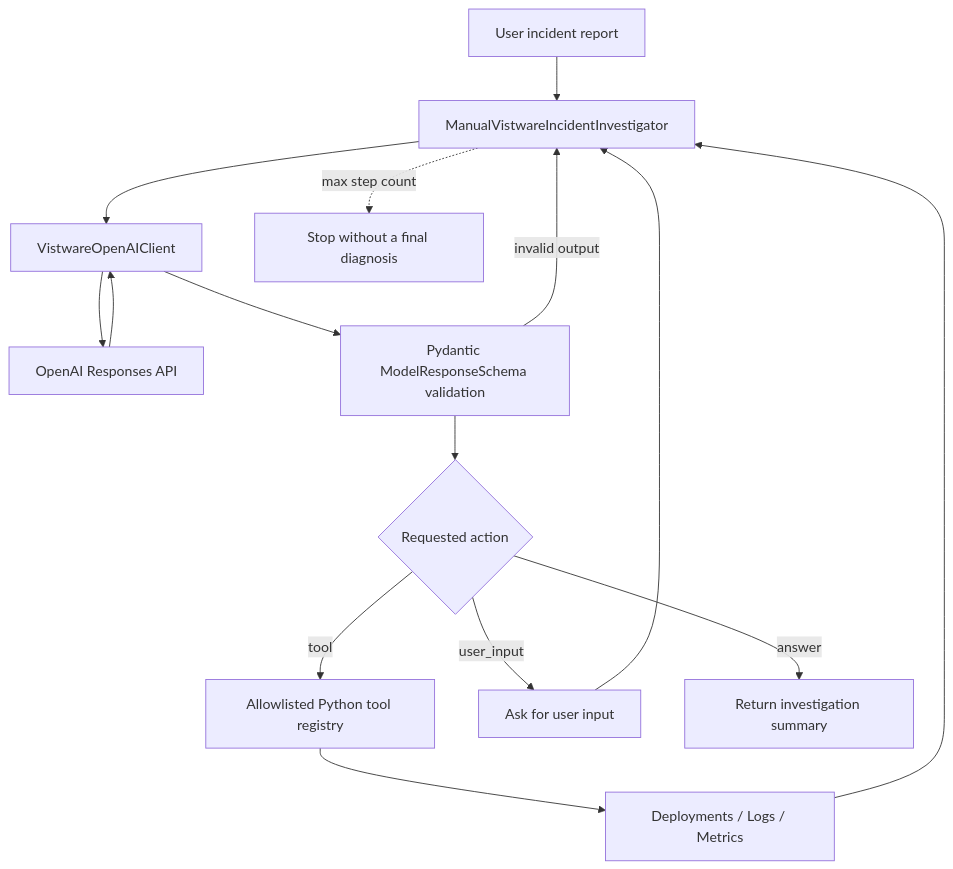
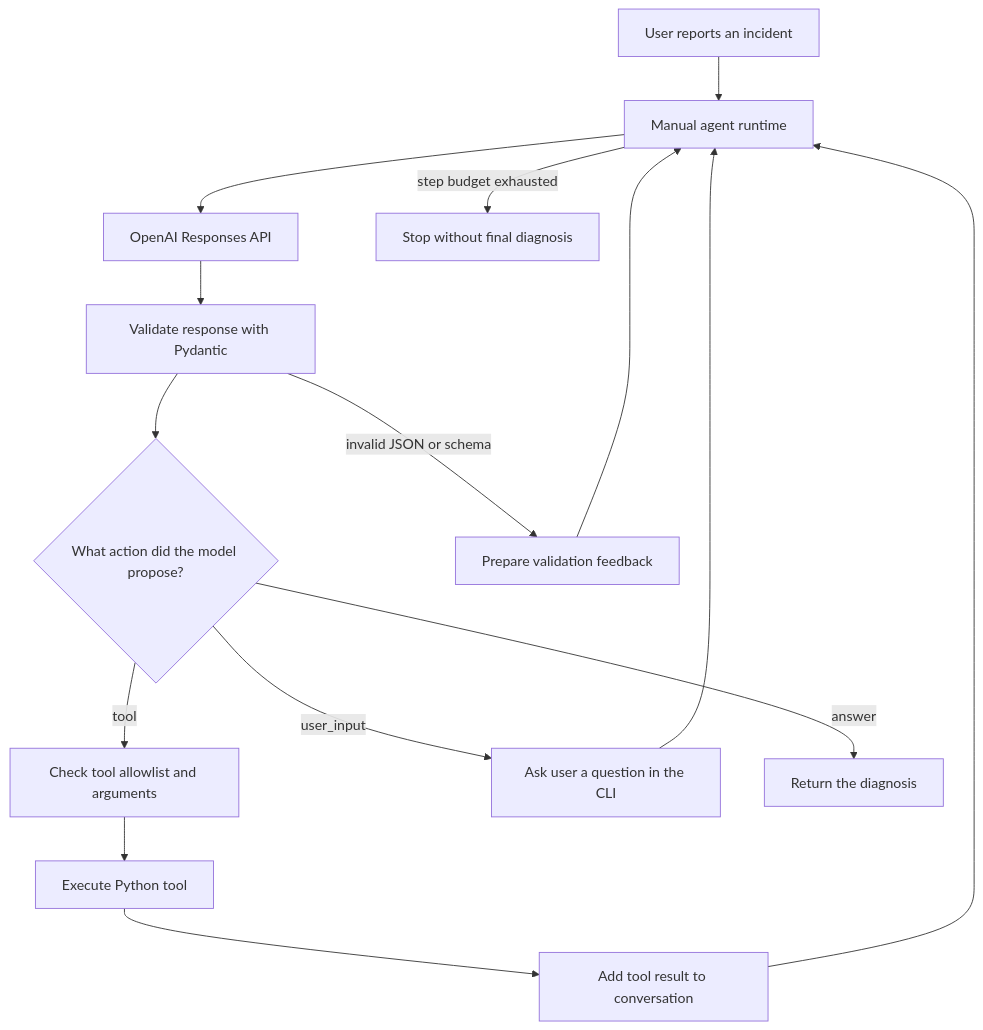
Before and after one commit to vistware/vistware-ai-agents-lab: the diagram in notes/module_01.md, drawn with Mermaid. The commit also changed other lines of this file and 12 other files, not shown here.

````diff
--- a/notes/module_01.md
+++ b/notes/module_01.md
@@ -42,17 +100,17 @@
 ```mermaid
 flowchart TD
-    U[User incident report] --> A[ManualVistwareIncidentInvestigator]
-    A --> C[VistwareOpenAIClient]
-    C --> API[OpenAI Responses API]
-    API --> C
-    C --> V[Pydantic ModelResponseSchema validation]
-    V --> D{Requested action}
-    D -->|tool| R[Allowlisted Python tool registry]
-    R --> T[Deployments / Logs / Metrics]
-    T --> A
-    D -->|user_input| I[Ask for user input]
-    I --> A
-    D -->|answer| F[Return investigation summary]
-    V -->|invalid output| A
-    A -.->|max step count| S[Stop without a final diagnosis]
+    U[User reports an incident] --> O[Manual agent runtime]
+    O --> M[OpenAI Responses API]
+    M --> V[Validate response with Pydantic]
+    V --> A{What action did the model propose?}
+    A -->|tool| W[Check tool allowlist and arguments]
+    W --> T[Execute Python tool]
+    T --> R[Add tool result to conversation]
+    R --> O
+    A -->|user_input| Q[Ask user a question in the CLI]
+    Q --> O
+    A -->|answer| D[Return the diagnosis]
+    V -->|invalid JSON or schema| E[Prepare validation feedback]
+    E --> O
+    O -->|step budget exhausted| F[Stop without final diagnosis]
 ```
````
